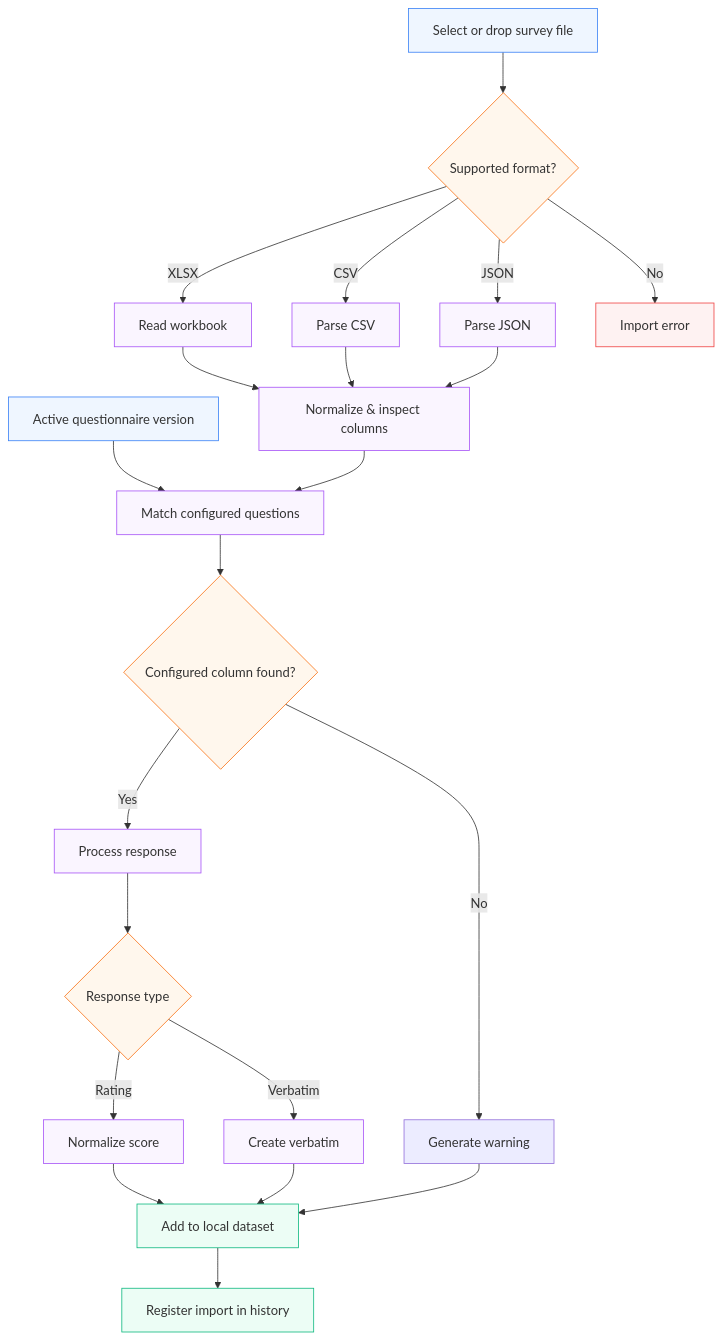
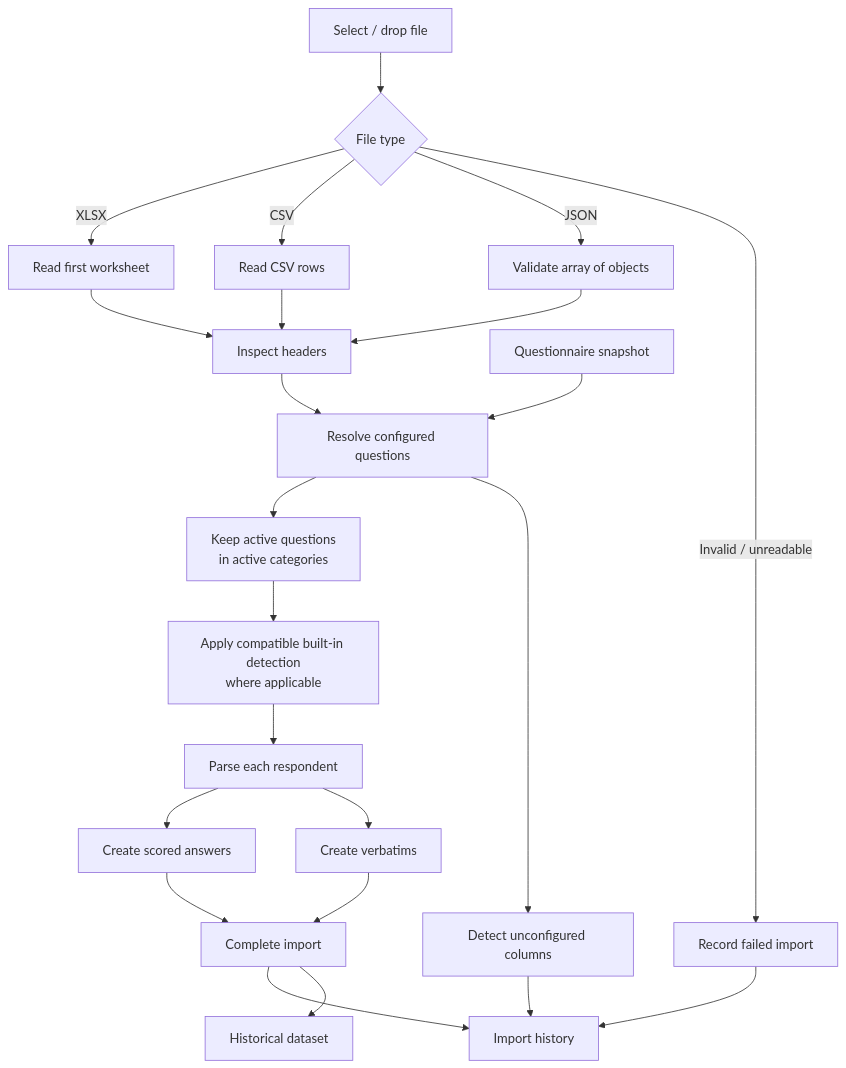
One commit to nathanda95/CellSpain changed the fourth of 7 diagrams in README.md. Above: the diagram before and after it, drawn with Mermaid. The commit also changed other lines of this file, not shown here.

````diff
--- a/README.md
+++ b/README.md
@@ -557,46 +596,34 @@
 ```mermaid
 flowchart TD
-    START["Select or drop survey file"]
+    START["Select / drop file"] --> TYPE{"File type"}
 
-    START --> TYPE{"Supported format?"}
+    TYPE -->|XLSX| XLSX["Read first worksheet"]
+    TYPE -->|CSV| CSV["Read CSV rows"]
+    TYPE -->|JSON| JSON["Validate array of objects"]
 
-    TYPE -->|"XLSX"| XLSX["Read workbook"]
-    TYPE -->|"CSV"| CSV["Parse CSV"]
-    TYPE -->|"JSON"| JSON["Parse JSON"]
-    TYPE -->|"No"| ERROR["Import error"]
-
-    XLSX --> HEADERS["Normalize & inspect columns"]
+    XLSX --> HEADERS["Inspect headers"]
     CSV --> HEADERS
     JSON --> HEADERS
 
-    CONFIG["Active questionnaire version"] --> MATCH["Match configured questions"]
+    CONFIG["Questionnaire snapshot"] --> MATCH["Resolve configured questions"]
     HEADERS --> MATCH
 
-    MATCH --> CHECK{"Configured column found?"}
+    MATCH --> ACTIVE["Keep active questions<br/>in active categories"]
+    ACTIVE --> BUILTIN["Apply compatible built-in detection<br/>where applicable"]
 
-    CHECK -->|"Yes"| PROCESS["Process response"]
-    CHECK -->|"No"| WARNING["Generate warning"]
+    BUILTIN --> PARSE["Parse each respondent"]
+    PARSE --> ANSWERS["Create scored answers"]
+    PARSE --> VERBATIMS["Create verbatims"]
 
-    PROCESS --> RATING{"Response type"}
+    ANSWERS --> COMPLETE["Complete import"]
+    VERBATIMS --> COMPLETE
 
-    RATING -->|"Rating"| SCORE["Normalize score"]
-    RATING -->|"Verbatim"| COMMENT["Create verbatim"]
+    COMPLETE --> HISTORY["Import history"]
+    COMPLETE --> DATASET["Historical dataset"]
 
-    SCORE --> SAVE["Add to local dataset"]
-    COMMENT --> SAVE
-    WARNING --> SAVE
+    MATCH --> WARN["Detect unconfigured columns"]
+    WARN --> HISTORY
 
-    SAVE --> HISTORY["Register import in history"]
-
-    classDef input fill:#eff6ff,stroke:#3b82f6
-    classDef decision fill:#fff7ed,stroke:#f97316
-    classDef process fill:#faf5ff,stroke:#a855f7
-    classDef success fill:#ecfdf5,stroke:#10b981
-    classDef error fill:#fef2f2,stroke:#ef4444
-
-    class START,CONFIG input
-    class TYPE,CHECK,RATING decision
-    class XLSX,CSV,JSON,HEADERS,MATCH,PROCESS,SCORE,COMMENT process
-    class SAVE,HISTORY success
-    class ERROR error
+    TYPE -->|Invalid / unreadable| ERROR["Record failed import"]
+    ERROR --> HISTORY
 ```
````
